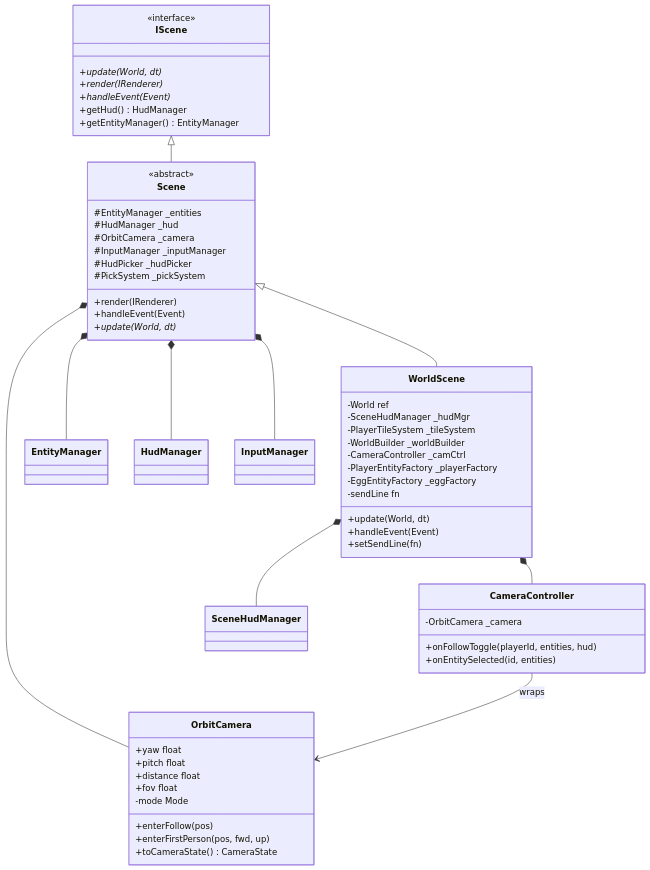
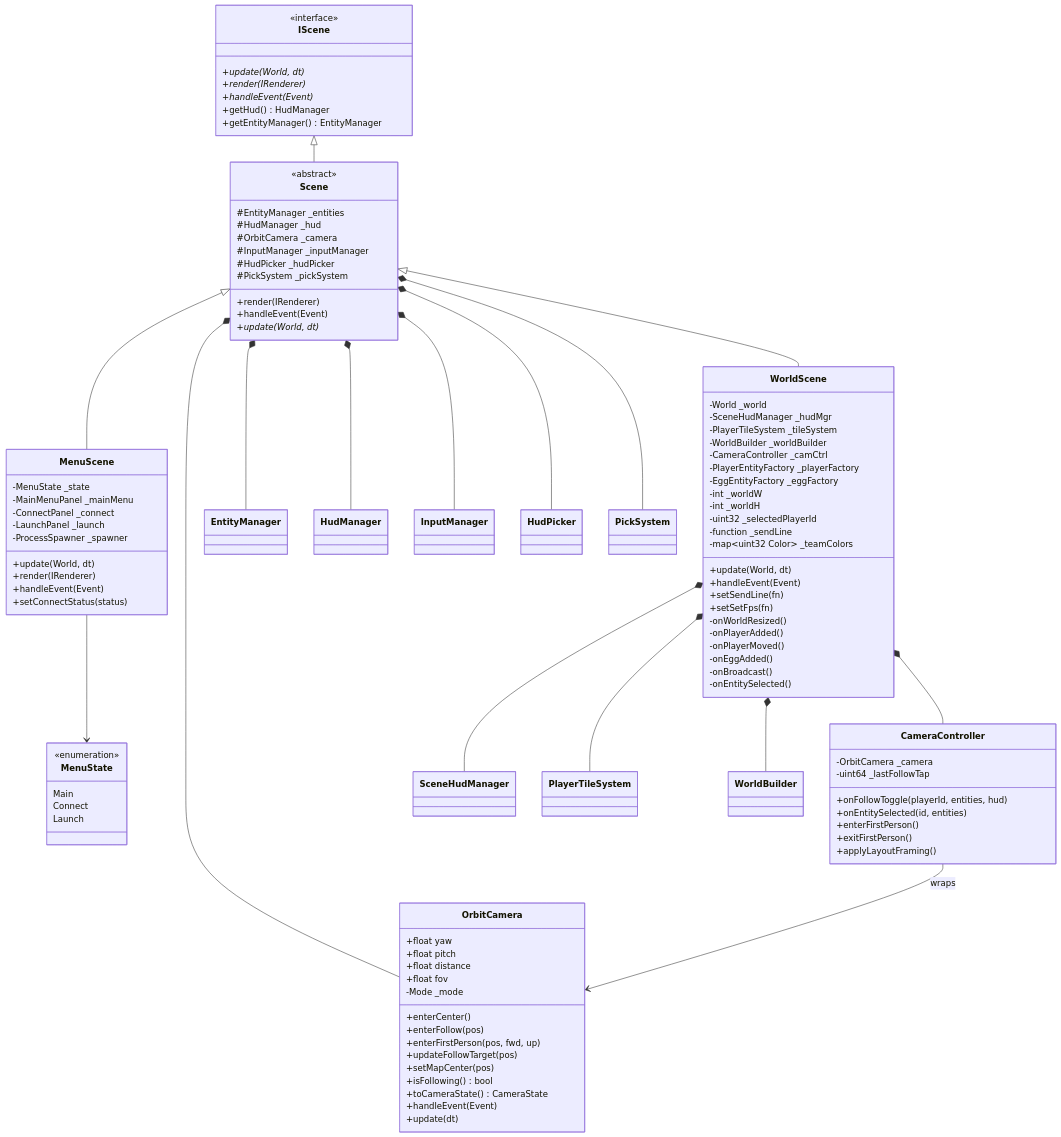
The second of 15 diagrams in gui/docs/CLASS_DIAGRAM.md (Saitamadupauvre/zappy), drawn with Mermaid before and after one commit. The commit also changed other lines of this file and 142 other files, not shown here.

````diff
--- a/gui/docs/CLASS_DIAGRAM.md
+++ b/gui/docs/CLASS_DIAGRAM.md
@@ -84,43 +126,89 @@
     }
 
     class WorldScene {
-        -World ref
+        -World _world
         -SceneHudManager _hudMgr
         -PlayerTileSystem _tileSystem
         -WorldBuilder _worldBuilder
         -CameraController _camCtrl
         -PlayerEntityFactory _playerFactory
         -EggEntityFactory _eggFactory
-        -sendLine fn
+        -int _worldW
+        -int _worldH
+        -uint32 _selectedPlayerId
+        -function _sendLine
+        -map~uint32 Color~ _teamColors
         +update(World, dt)
         +handleEvent(Event)
         +setSendLine(fn)
+        +setSetFps(fn)
+        -onWorldResized()
+        -onPlayerAdded()
+        -onPlayerMoved()
+        -onEggAdded()
+        -onBroadcast()
+        -onEntitySelected()
+    }
+
+    class MenuScene {
+        -MenuState _state
+        -MainMenuPanel _mainMenu
+        -ConnectPanel _connect
+        -LaunchPanel _launch
+        -ProcessSpawner _spawner
+        +update(World, dt)
+        +render(IRenderer)
+        +handleEvent(Event)
+        +setConnectStatus(status)
+    }
+
+    class MenuState {
+        <<enumeration>>
+        Main
+        Connect
+        Launch
     }
 
     class OrbitCamera {
-        +yaw float
-        +pitch float
-        +distance float
-        +fov float
-        -mode Mode
+        +float yaw
+        +float pitch
+        +float distance
+        +float fov
+        -Mode _mode
+        +enterCenter()
         +enterFollow(pos)
         +enterFirstPerson(pos, fwd, up)
+        +updateFollowTarget(pos)
+        +setMapCenter(pos)
+        +isFollowing() bool
         +toCameraState() CameraState
+        +handleEvent(Event)
+        +update(dt)
     }
 
     class CameraController {
         -OrbitCamera _camera
+        -uint64 _lastFollowTap
         +onFollowToggle(playerId, entities, hud)
         +onEntitySelected(id, entities)
+        +enterFirstPerson()
+        +exitFirstPerson()
+        +applyLayoutFraming()
     }
 
     IScene <|-- Scene
     Scene <|-- WorldScene
+    Scene <|-- MenuScene
     Scene *-- OrbitCamera
     Scene *-- EntityManager
     Scene *-- HudManager
     Scene *-- InputManager
+    Scene *-- HudPicker
+    Scene *-- PickSystem
     WorldScene *-- CameraController
     WorldScene *-- SceneHudManager
+    WorldScene *-- PlayerTileSystem
+    WorldScene *-- WorldBuilder
+    MenuScene --> MenuState
     CameraController --> OrbitCamera : wraps
 ```
````
